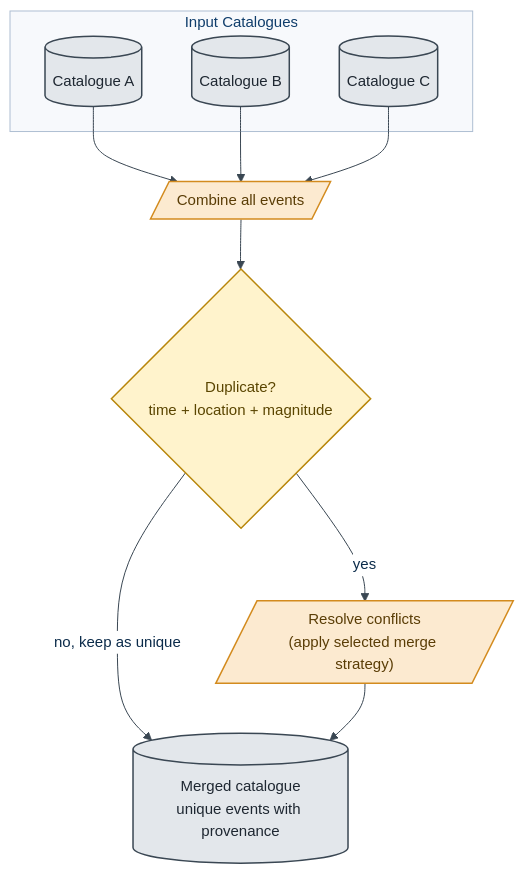
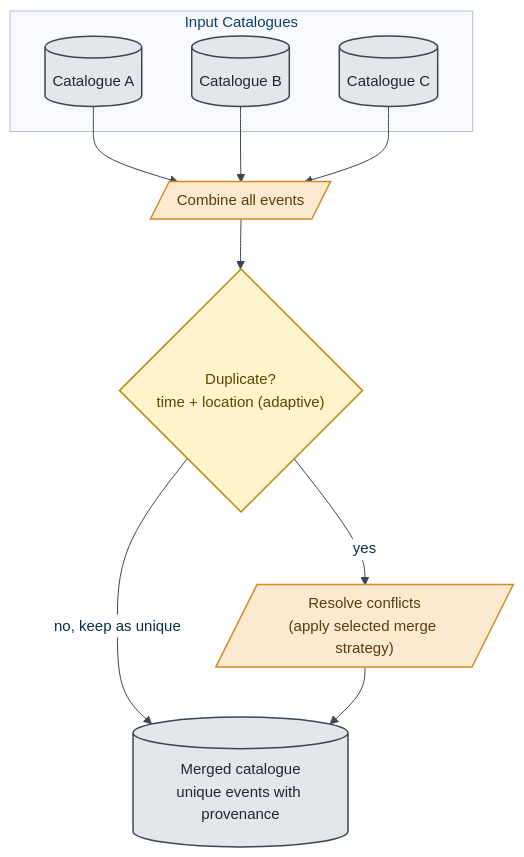
The first of 5 diagrams in docs/source/user-guide/merging-catalogues.rst (KennyGraham1/catalogofcatalogs), drawn with Mermaid before and after one commit. The commit also changed other lines of this file and 396 other files, not shown here.

```diff
--- a/docs/source/user-guide/merging-catalogues.rst
+++ b/docs/source/user-guide/merging-catalogues.rst
@@ -38,39 +38,39 @@
 .. mermaid::
    :align: center
 
    %%{init: {"theme":"base","themeVariables":{"fontFamily":"Inter, \"Helvetica Neue\", Arial, sans-serif","fontSize":"15px","lineColor":"#3A4753","primaryColor":"#D6E4F5","primaryBorderColor":"#1B5FA8","primaryTextColor":"#0B2B4A","secondaryColor":"#CFEAE6","tertiaryColor":"#FBEAD2","mainBkg":"#D6E4F5","nodeBorder":"#1B5FA8","clusterBkg":"#F7F9FC","clusterBorder":"#AEBED2","titleColor":"#0F3D6B","edgeLabelBackground":"#FFFFFF"}}}%%
    flowchart TD
        subgraph Inputs ["Input Catalogues"]
            A[("Catalogue A")]
            B[("Catalogue B")]
            C[("Catalogue C")]
        end
 
        Combine[/"Combine all events"/]
-       Detect{"Duplicate?<br/>time + location + magnitude"}
+       Detect{"Duplicate?<br/>time + location (adaptive)"}
        Resolve[/"Resolve conflicts<br/>(apply selected merge strategy)"/]
        Result[("Merged catalogue<br/>unique events with provenance")]
 
        A & B & C --> Combine
        Combine --> Detect
        Detect -->|"yes"| Resolve
        Detect -->|"no, keep as unique"| Result
        Resolve --> Result
 
        style Inputs fill:#F7F9FC,stroke:#AEBED2,stroke-width:1px,color:#0F3D6B
 
        class A,B,C,Result datastore
        class Combine,Resolve process
        class Detect decision
 
        classDef userAction fill:#E8EEF6,stroke:#0F3D6B,stroke-width:1.5px,color:#0B2B4A
        classDef frontend fill:#D6E4F5,stroke:#1B5FA8,stroke-width:1.5px,color:#0B2B4A
        classDef backend fill:#CFEAE6,stroke:#0E7C72,stroke-width:1.5px,color:#08423D
        classDef library fill:#FBEAD2,stroke:#9C6A12,stroke-width:1.5px,color:#5A3D06
        classDef datastore fill:#E3E7EB,stroke:#3A4753,stroke-width:1.5px,color:#1E2731
        classDef external fill:#EFDDEC,stroke:#8E3A82,stroke-width:1.5px,color:#4A1C43,stroke-dasharray:4 3
        classDef process fill:#FCEAD0,stroke:#D38B1E,stroke-width:1.5px,color:#5A3D06
        classDef decision fill:#FFF3CC,stroke:#B8860B,stroke-width:1.5px,color:#5A4500
        classDef success fill:#D5EFE0,stroke:#1B8A5A,stroke-width:1.5px,color:#0B3D27
        classDef warning fill:#FBE0DA,stroke:#C24A2B,stroke-width:1.5px,color:#5E1C0C
        classDef terminal fill:#1F2D3D,stroke:#0B1622,stroke-width:1.5px,color:#FFFFFF
```
